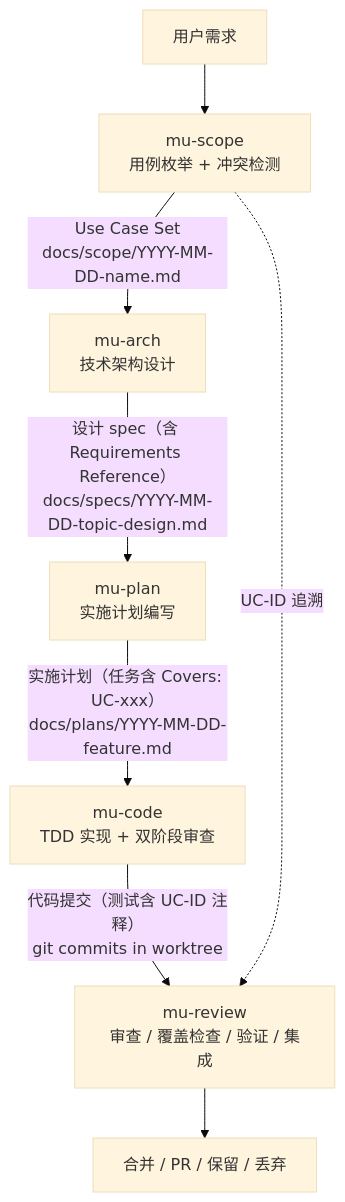
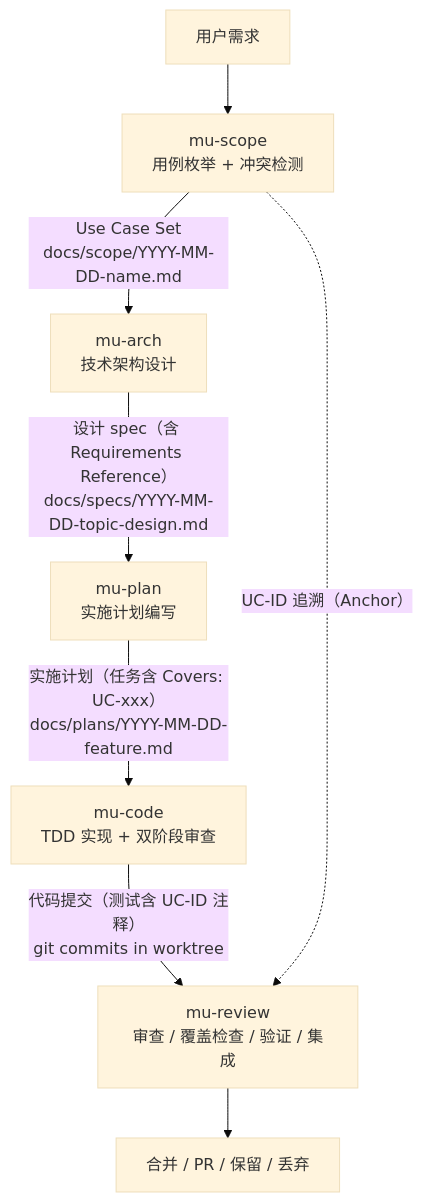
The diagram in docs/wiki/core-pipeline.md (knotmark-ai/devmuse), drawn with Mermaid (base theme) before and after one commit. The commit also changed other lines of this file and 7 other files, not shown here.

````diff
--- a/docs/wiki/core-pipeline.md
+++ b/docs/wiki/core-pipeline.md
@@ -22,10 +24,10 @@
 ```mermaid
 graph TD
     U["用户需求"] --> S["mu-scope<br/>用例枚举 + 冲突检测"]
     S -->|"Use Case Set<br/>docs/scope/YYYY-MM-DD-name.md"| A["mu-arch<br/>技术架构设计"]
     A -->|"设计 spec（含 Requirements Reference）<br/>docs/specs/YYYY-MM-DD-topic-design.md"| P["mu-plan<br/>实施计划编写"]
     P -->|"实施计划（任务含 Covers: UC-xxx）<br/>docs/plans/YYYY-MM-DD-feature.md"| C["mu-code<br/>TDD 实现 + 双阶段审查"]
     C -->|"代码提交（测试含 UC-ID 注释）<br/>git commits in worktree"| R["mu-review<br/>审查 / 覆盖检查 / 验证 / 集成"]
     R --> M["合并 / PR / 保留 / 丢弃"]
-    S -.->|"UC-ID 追溯"| R
+    S -.->|"UC-ID 追溯（Anchor）"| R
 ```
````
